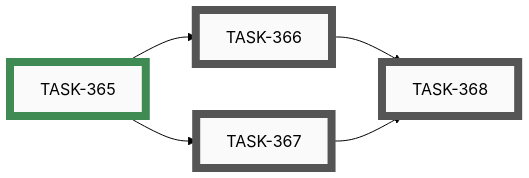
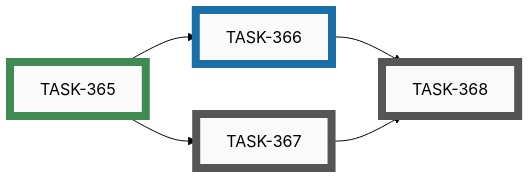
The seventh of 11 diagrams in docs/developers/tasks/EPICS.md (tgd1975/AwesomeGuitarPedal), drawn with Mermaid (forest theme) before and after one commit. The commit also changed other lines of this file and 21 other files, not shown here.

````diff
--- a/docs/developers/tasks/EPICS.md
+++ b/docs/developers/tasks/EPICS.md
@@ -240,23 +240,23 @@
 ```mermaid
 graph LR
-    TASK_366["TASK-366"]:::open
     TASK_367["TASK-367"]:::open
     TASK_368["TASK-368"]:::open
+    TASK_366["TASK-366"]:::active
     TASK_365["TASK-365"]:::closed
-    TASK_365 --> TASK_366
     TASK_365 --> TASK_367
     TASK_366 --> TASK_368
     TASK_367 --> TASK_368
-    click TASK_366 "open/task-366-draft-catalog-and-recipe-sections.md"
+    TASK_365 --> TASK_366
     click TASK_367 "open/task-367-draft-conventions-invariants-gotchas.md"
     click TASK_368 "open/task-368-draft-tests-references-and-verify.md"
+    click TASK_366 "active/task-366-draft-catalog-and-recipe-sections.md"
     click TASK_365 "closed/task-365-scope-ble-services-guide.md"
     classDef open    fill:#FAFAFA,stroke:#555,stroke-width:8px,color:#000
     classDef active  fill:#FAFAFA,stroke:#1A6FA8,stroke-width:8px,color:#000
     classDef closed  fill:#FAFAFA,stroke:#3F8B53,stroke-width:8px,color:#000
     classDef paused  fill:#FAFAFA,stroke:#B07810,stroke-width:8px,color:#000
     classDef openExt    fill:#000,stroke:#888,stroke-width:8px,color:#FFF
     classDef activeExt  fill:#000,stroke:#3FA9F5,stroke-width:8px,color:#FFF
     classDef closedExt  fill:#000,stroke:#7CC68A,stroke-width:8px,color:#FFF
     classDef pausedExt  fill:#000,stroke:#F0B030,stroke-width:8px,color:#FFF
 ```
````
